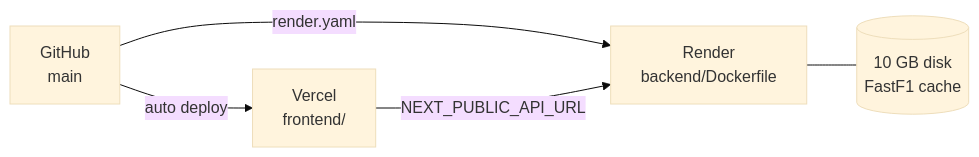
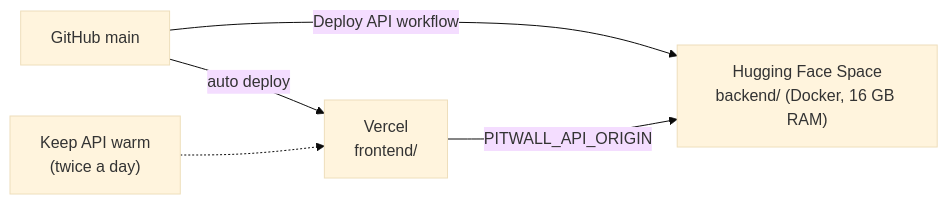
Before and after one commit to ultron513/F1-Telemetry-Dashboard-2025: the fourth of 4 diagrams in README.md, drawn with Mermaid (base theme). The commit also changed other lines of this file and 34 other files, not shown here.

````diff
--- a/README.md
+++ b/README.md
@@ -454,7 +462,7 @@
 ```mermaid
 flowchart LR
-    GH["GitHub<br/>main"] -->|"auto deploy"| V["Vercel<br/>frontend/"]
-    GH -->|"render.yaml"| R["Render<br/>backend/Dockerfile"]
-    R --- D[("10 GB disk<br/>FastF1 cache")]
-    V -->|"NEXT_PUBLIC_API_URL"| R
+    GH["GitHub main"] -->|"auto deploy"| V["Vercel<br/>frontend/"]
+    GH -->|"Deploy API workflow"| H["Hugging Face Space<br/>backend/ (Docker, 16 GB RAM)"]
+    V -->|"PITWALL_API_ORIGIN"| H
+    K["Keep API warm<br/>(twice a day)"] -.-> V
 ```
````
